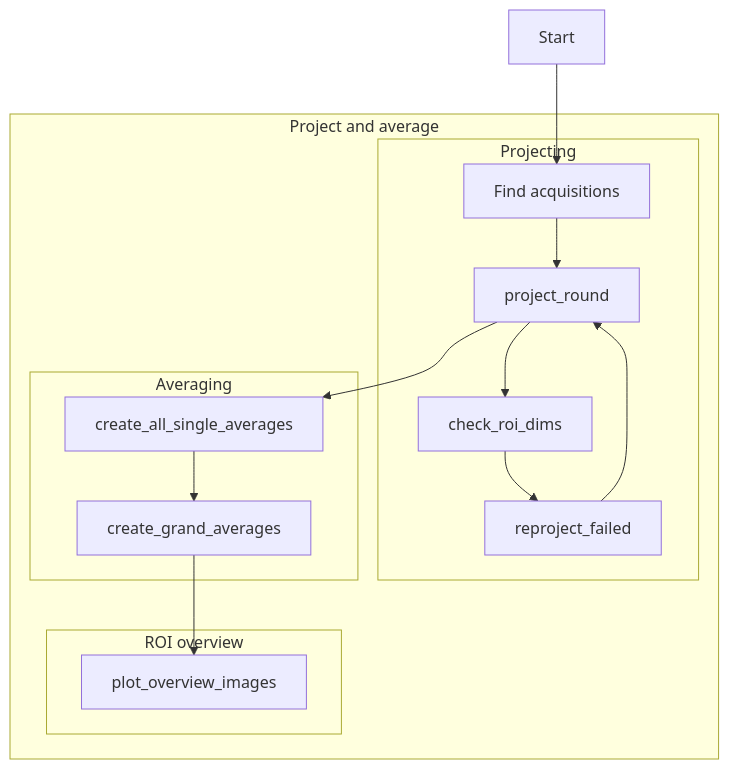
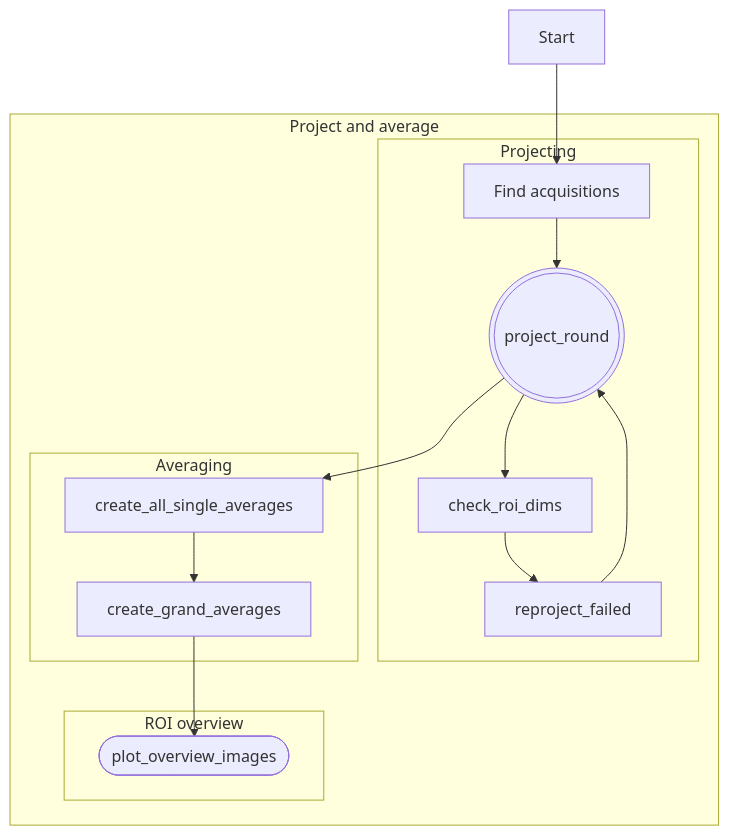
One commit to znamlab/iss-preprocess changed the diagram in docs/source/project_and_average.rst. Above: the diagram before and after it, drawn with Mermaid. The commit also changed 1 other file, not shown here.

Commit message:
[doc] add flow charts

```diff
--- a/docs/source/project_and_average.rst
+++ b/docs/source/project_and_average.rst
@@ -26,25 +26,25 @@
 .. mermaid::
 
     graph TD;
         start[Start] --> find[Find acquisitions];
         subgraph Project and average
             subgraph Projecting
-                find --> prj[project_round];
+                find --> prj(((project_round)));
                 prj --> check[check_roi_dims];
                 check --> reprj[reproject_failed];
                 reprj --> prj;
             end
 
             subgraph Averaging
-                sav[create_all_single_averages];
-                sav --> gav[create_grand_averages];
+                s_av[create_all_single_averages];
+                s_av --> g_av[create_grand_averages];
             end
 
-            prj --> sav;
+            prj --> s_av;
 
             subgraph ROI overview
-                ovw[plot_overview_images];
+                ovw([plot_overview_images]);
             end
 
-            gav --> ovw;
+            g_av --> ovw;
         end
```
